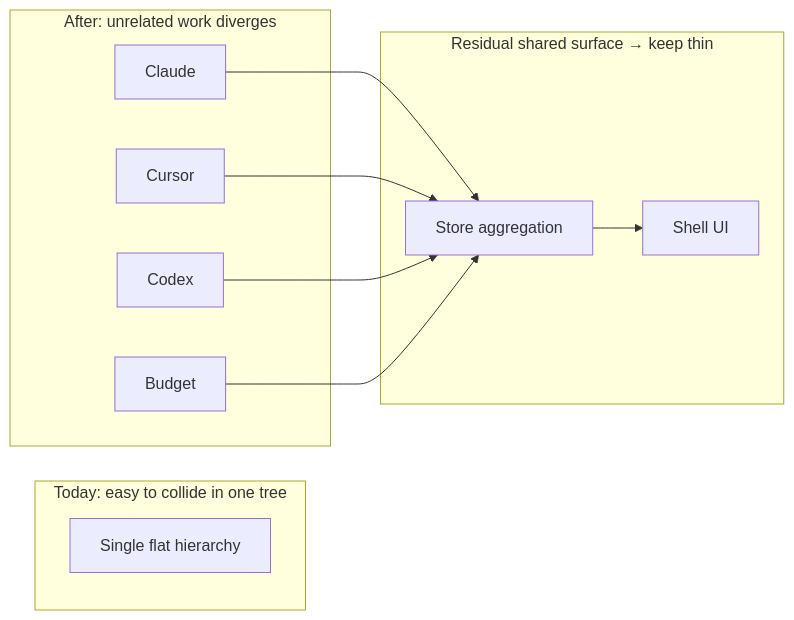
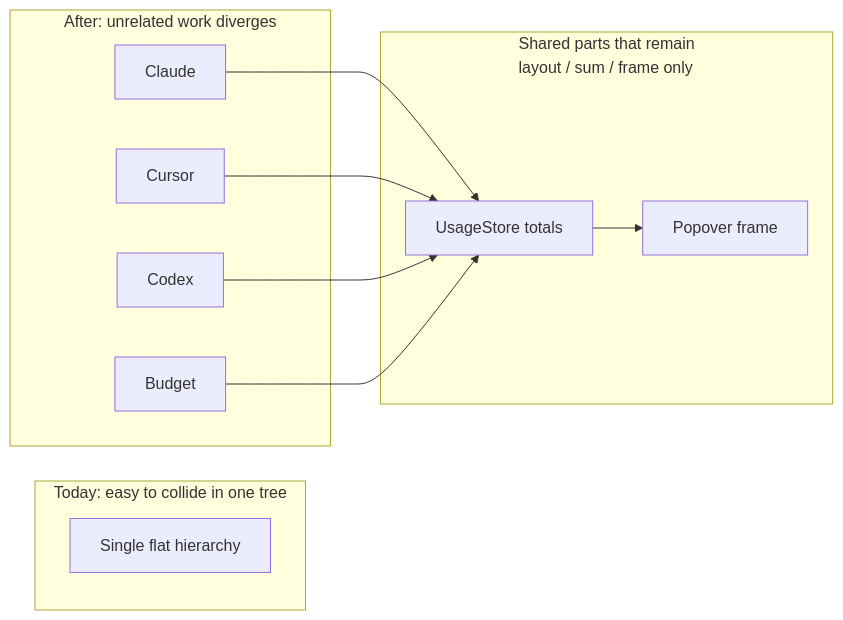
One commit to Tokfuel/Tokfuel changed the third of 3 diagrams in ADR/0002-feature-spm-modules/0002-feature-spm-modules.md. Above: the diagram before and after it, drawn with Mermaid. The commit also changed other lines of this file and 1 other file, not shown here.

````diff
--- a/ADR/0002-feature-spm-modules/0002-feature-spm-modules.md
+++ b/ADR/0002-feature-spm-modules/0002-feature-spm-modules.md
@@ -96,21 +96,21 @@
 ```mermaid
 flowchart LR
   subgraph before["Today: easy to collide in one tree"]
     Flat["Single flat hierarchy"]
   end
   subgraph after["After: unrelated work diverges"]
     C[Claude]
     Cu[Cursor]
     Co[Codex]
     B[Budget]
   end
-  subgraph residual["Residual shared surface → keep thin"]
-    S[Store aggregation]
-    U[Shell UI]
+  subgraph residual["Shared parts that remain<br/>layout / sum / frame only"]
+    S[UsageStore totals]
+    U[Popover frame]
   end
   C --> S
   Cu --> S
   Co --> S
   B --> S
   S --> U
 ```
````
